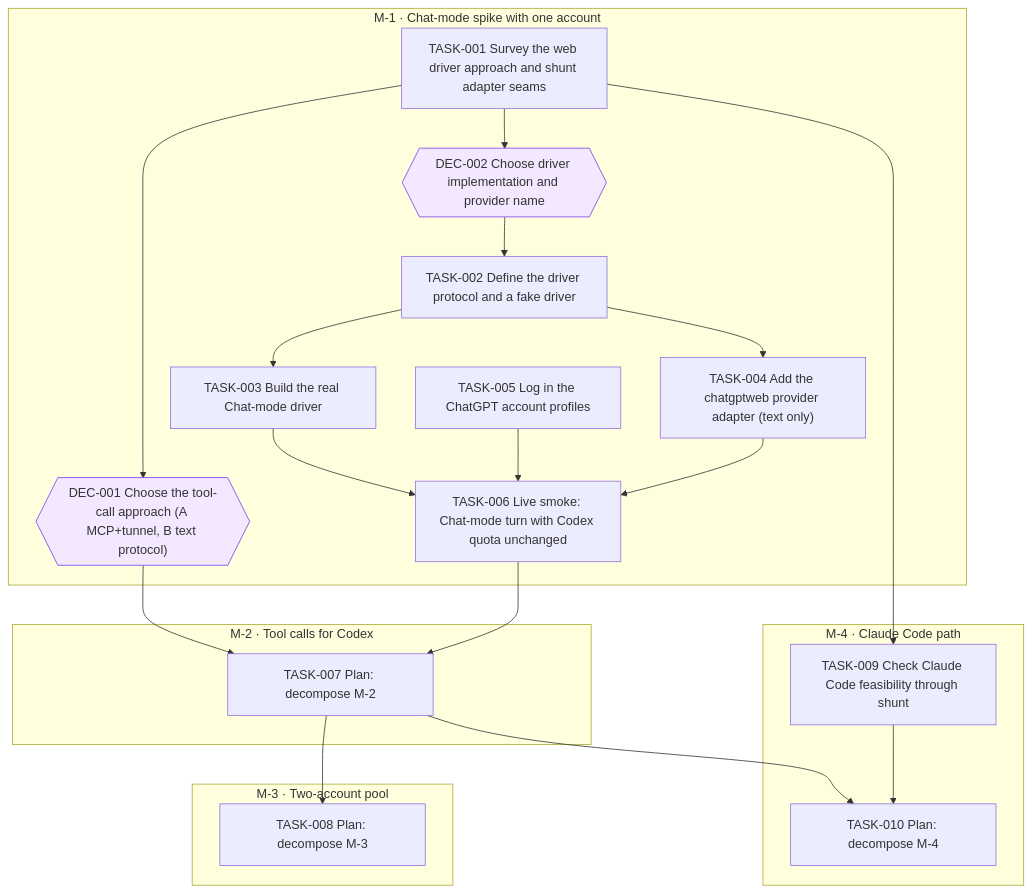
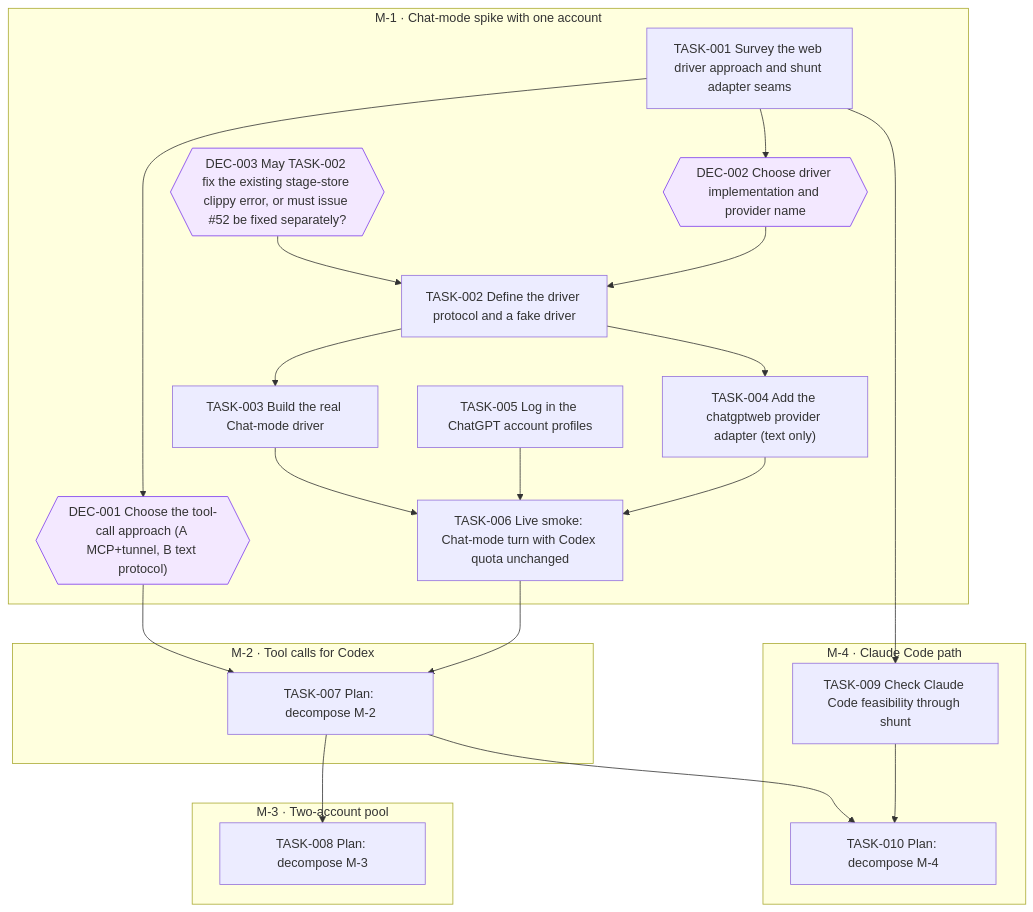
One commit to jesusvillota/shunt changed the diagram in goals/chatgptweb-provider/README.md. Above: the diagram before and after it, drawn with Mermaid. The commit also changed 3 other files, not shown here.

Commit message:
goal(chatgptweb-provider): request DEC-003 from TASK-002

````diff
--- a/goals/chatgptweb-provider/README.md
+++ b/goals/chatgptweb-provider/README.md
@@ -132,42 +132,45 @@
 ```mermaid
 flowchart TD
   subgraph M_1["M-1 · Chat-mode spike with one account"]
     DEC_001{{"DEC-001 Choose the tool-call approach (A MCP+tunnel, B text protocol)"}}
     DEC_002{{"DEC-002 Choose driver implementation and provider name"}}
+    DEC_003{{"DEC-003 May TASK-002 fix the existing stage-store clippy error, or must issue #52 be fixed separately?"}}
     TASK_001["TASK-001 Survey the web driver approach and shunt adapter seams"]
     TASK_002["TASK-002 Define the driver protocol and a fake driver"]
     TASK_003["TASK-003 Build the real Chat-mode driver"]
     TASK_004["TASK-004 Add the chatgptweb provider adapter (text only)"]
     TASK_005["TASK-005 Log in the ChatGPT account profiles"]
     TASK_006["TASK-006 Live smoke: Chat-mode turn with Codex quota unchanged"]
   end
   subgraph M_2["M-2 · Tool calls for Codex"]
     TASK_007["TASK-007 Plan: decompose M-2"]
   end
   subgraph M_3["M-3 · Two-account pool"]
     TASK_008["TASK-008 Plan: decompose M-3"]
   end
   subgraph M_4["M-4 · Claude Code path"]
     TASK_009["TASK-009 Check Claude Code feasibility through shunt"]
     TASK_010["TASK-010 Plan: decompose M-4"]
   end
   TASK_001 --> DEC_001
   TASK_001 --> DEC_002
   DEC_002 --> TASK_002
+  DEC_003 --> TASK_002
   TASK_002 --> TASK_003
   TASK_002 --> TASK_004
   TASK_003 --> TASK_006
   TASK_004 --> TASK_006
   TASK_005 --> TASK_006
   TASK_006 --> TASK_007
   DEC_001 --> TASK_007
   TASK_007 --> TASK_008
   TASK_001 --> TASK_009
   TASK_007 --> TASK_010
   TASK_009 --> TASK_010
   classDef draft stroke-dasharray: 4 3
   classDef cancelled opacity:0.45
   classDef decision fill:#f3e8ff,stroke:#7c3aed
   class DEC_001 decision
   class DEC_002 decision
+  class DEC_003 decision
 ```
````
